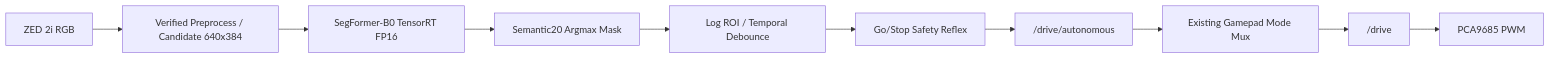
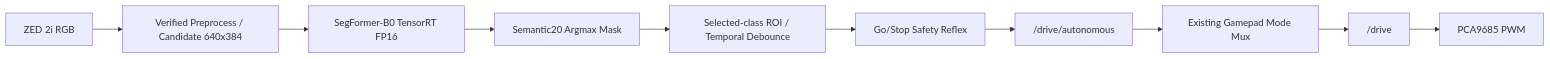
One commit to imtaebin83-debug/ADOM changed the diagram in ADOM_CONTEXT.md. Above: the diagram before and after it, drawn with Mermaid. The commit also changed other lines of this file and 19 other files, not shown here.

````diff
--- a/ADOM_CONTEXT.md
+++ b/ADOM_CONTEXT.md
@@ -135,12 +139,12 @@
 ```mermaid
 flowchart LR
     A["ZED 2i RGB"] --> B["Verified Preprocess / Candidate 640x384"]
     B --> C["SegFormer-B0 TensorRT FP16"]
     C --> D["Semantic20 Argmax Mask"]
-    D --> E["Log ROI / Temporal Debounce"]
+    D --> E["Selected-class ROI / Temporal Debounce"]
     E --> F["Go/Stop Safety Reflex"]
     F --> G["/drive/autonomous"]
     G --> H["Existing Gamepad Mode Mux"]
     H --> I["/drive"]
     I --> J["PCA9685 PWM"]
 ```
````
